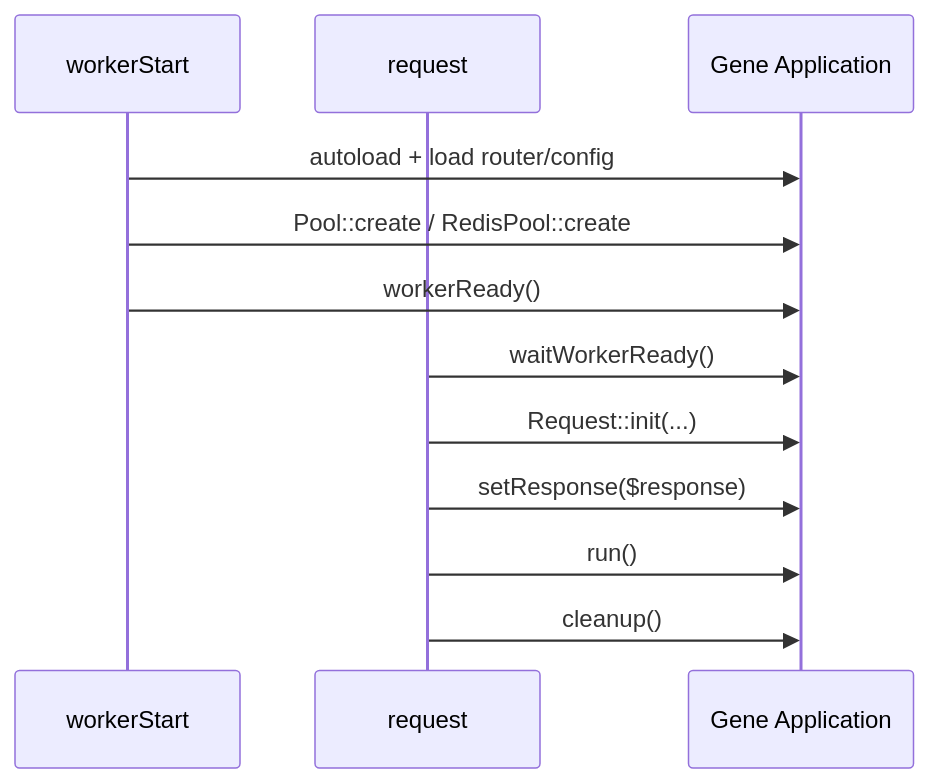
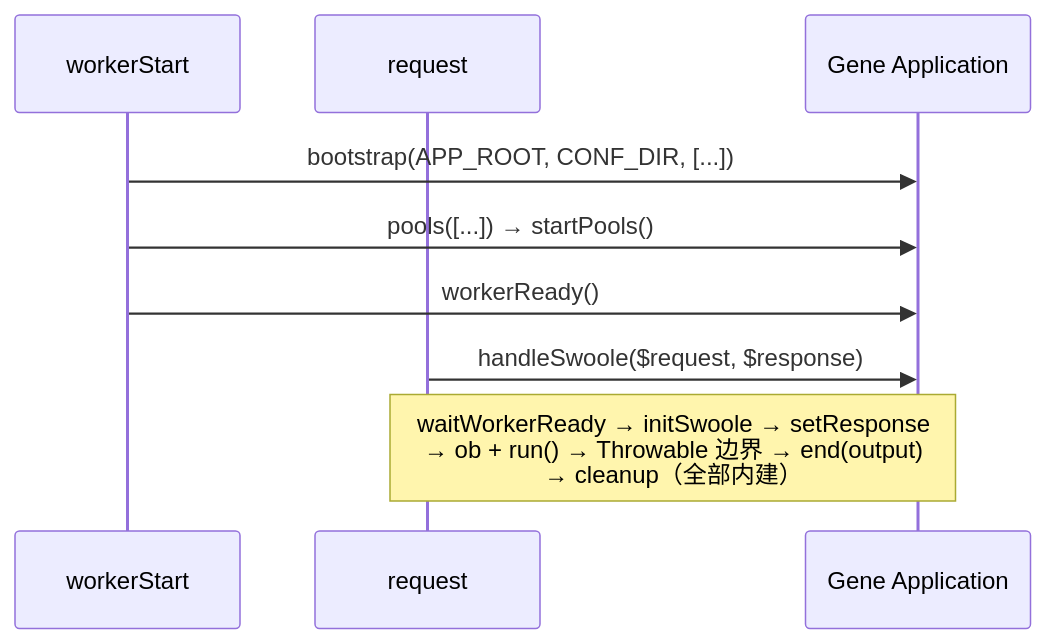
One commit to sasou/gene changed the diagram in gene-ai-helper/skills/gene-framework/swoole.md. Above: the diagram before and after it, drawn with Mermaid. The commit also changed other lines of this file and 18 other files, not shown here.

First line of the commit message:
feat: Swoole 入口收口（handleSwoole/initSwoole/bootstrap/pools）+ gray 环境

````diff
--- a/gene-ai-helper/skills/gene-framework/swoole.md
+++ b/gene-ai-helper/skills/gene-framework/swoole.md
@@ -32,15 +32,12 @@
 ```mermaid
 sequenceDiagram
     participant W as workerStart
     participant R as request
     participant G as Gene Application
 
-    W->>G: autoload + load router/config
-    W->>G: Pool::create / RedisPool::create
+    W->>G: bootstrap(APP_ROOT, CONF_DIR, [...])
+    W->>G: pools([...]) → startPools()
     W->>G: workerReady()
-    R->>G: waitWorkerReady()
-    R->>G: Request::init(...)
-    R->>G: setResponse($response)
-    R->>G: run()
-    R->>G: cleanup()
+    R->>G: handleSwoole($request, $response)
+    Note over R,G: waitWorkerReady → initSwoole → setResponse<br/>→ ob + run() → Throwable 边界 → end(output)<br/>→ cleanup（全部内建）
 ```
````
